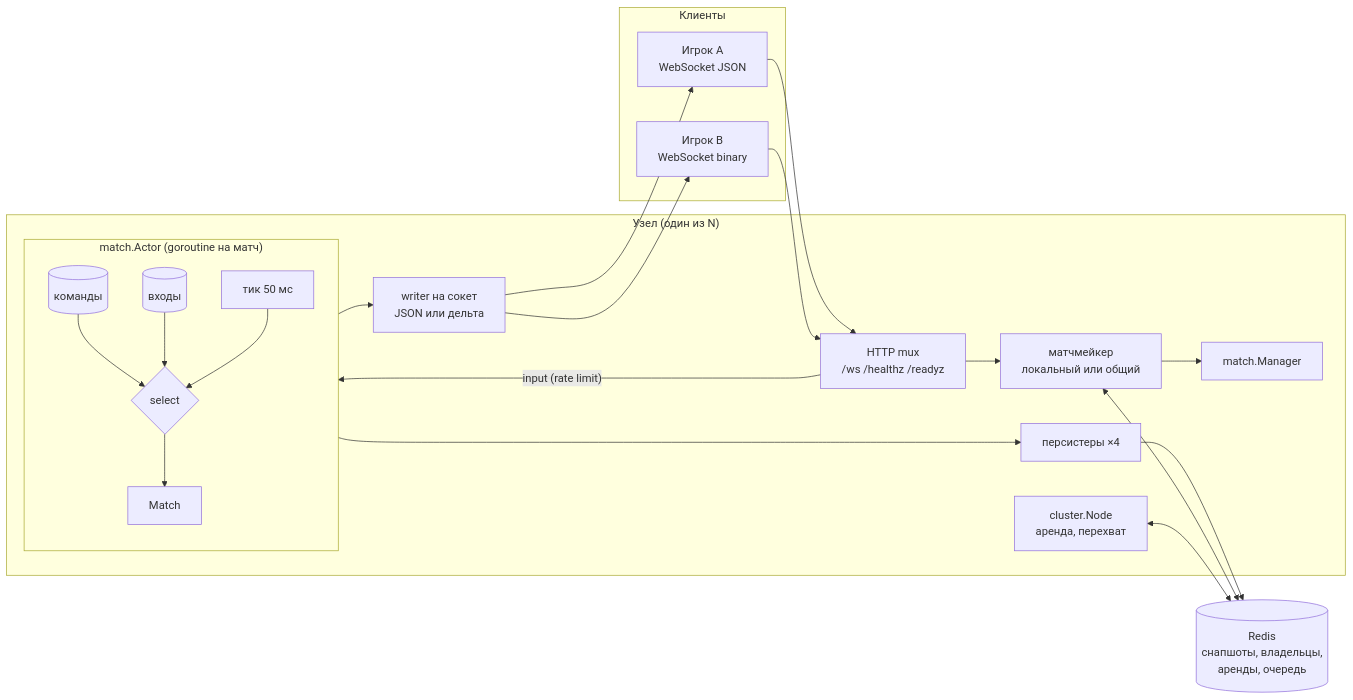
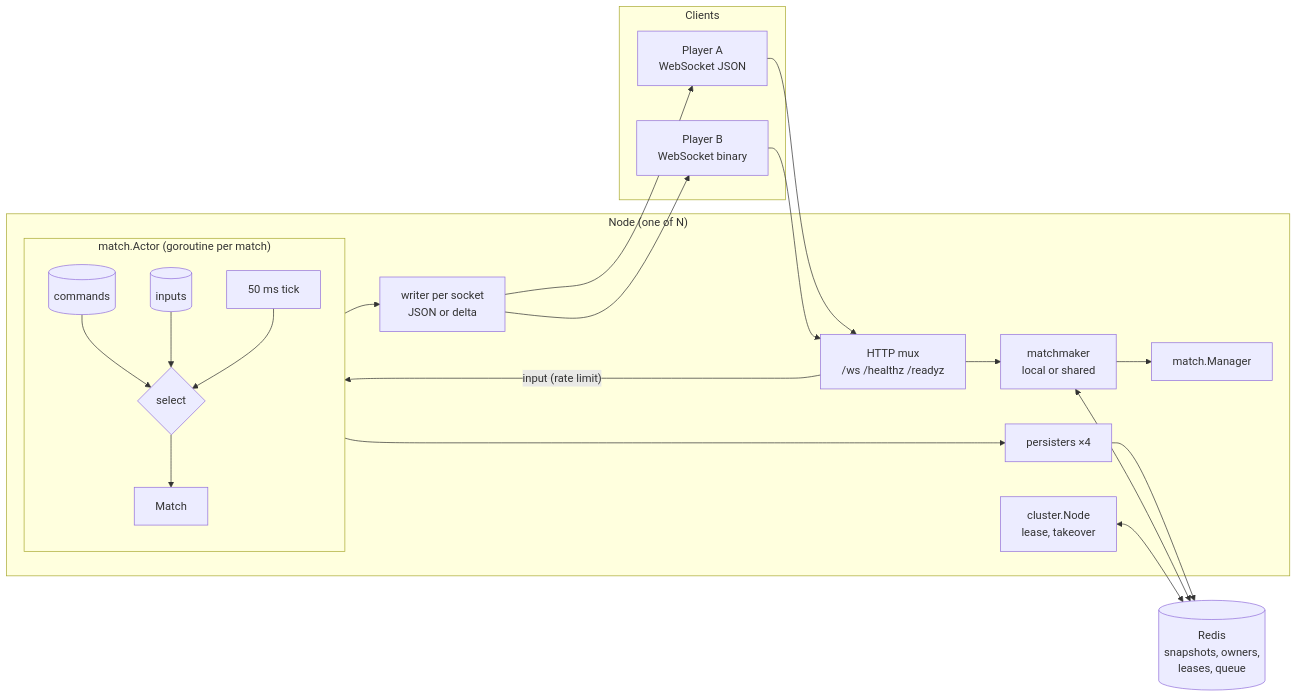
Before and after one commit to Gegirhasut/sabostack-go-server: the first of 2 diagrams in README.md, drawn with Mermaid. The commit also changed other lines of this file and 1 other file, not shown here.

````diff
--- a/README.md
+++ b/README.md
@@ -62,33 +68,33 @@
 ```mermaid
 flowchart LR
-    subgraph Клиенты
-        A[Игрок A<br/>WebSocket JSON]
-        B[Игрок B<br/>WebSocket binary]
+    subgraph Clients
+        A[Player A<br/>WebSocket JSON]
+        B[Player B<br/>WebSocket binary]
     end
 
-    subgraph Узел["Узел (один из N)"]
+    subgraph Node["Node (one of N)"]
         H[HTTP mux<br/>/ws /healthz /readyz]
-        Q[матчмейкер<br/>локальный или общий]
+        Q[matchmaker<br/>local or shared]
         M[match.Manager]
-        subgraph Actor["match.Actor (goroutine на матч)"]
+        subgraph Actor["match.Actor (goroutine per match)"]
             direction TB
-            C[(команды)] --> L{select}
-            I[(входы)] --> L
-            T[тик 50 мс] --> L
+            C[(commands)] --> L{select}
+            I[(inputs)] --> L
+            T[50 ms tick] --> L
             L --> S[Match]
         end
-        W[writer на сокет<br/>JSON или дельта]
-        P[персистеры ×4]
-        N[cluster.Node<br/>аренда, перехват]
+        W[writer per socket<br/>JSON or delta]
+        P[persisters ×4]
+        N[cluster.Node<br/>lease, takeover]
     end
 
-    R[(Redis<br/>снапшоты, владельцы,<br/>аренды, очередь)]
+    R[(Redis<br/>snapshots, owners,<br/>leases, queue)]
 
     A & B --> H
     H --> Q --> M
     H -- input (rate limit) --> I
     S --> W --> A & B
     S --> P --> R
     Q <--> R
     N <--> R
 ```
````
